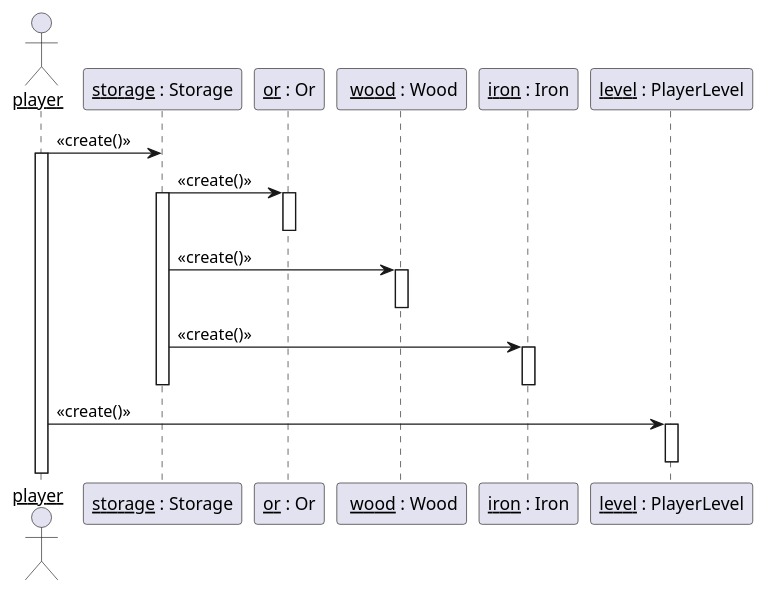
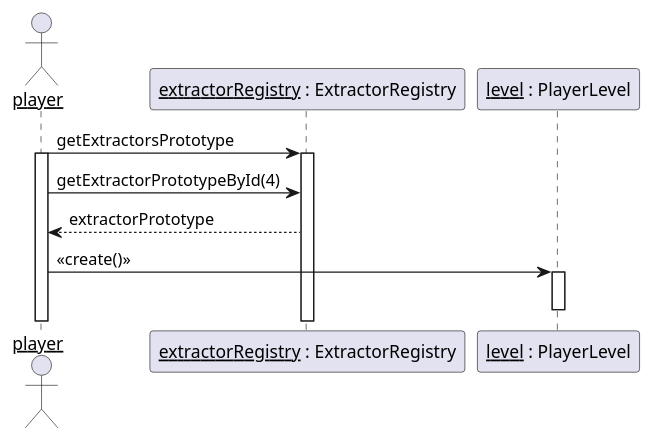
Before and after one commit to skelirphoteman/Resource-Management-Game: the diagram in ProjectManagment/UML/DSeqLaunchGame.puml, drawn with PlantUML. The commit also changed 2 other files, not shown here.

```diff
--- a/ProjectManagment/UML/DSeqLaunchGame.puml
+++ b/ProjectManagment/UML/DSeqLaunchGame.puml
@@ -1,27 +1,18 @@
 @startuml
 'https://plantuml.com/sequence-diagram
 
 actor __player__
 
-__player__ -> "__storage__ : Storage" : <<create()>>
+__player__ -> "__extractorRegistry__ : ExtractorRegistry" : getExtractorsPrototype
 activate __player__
 
-"__storage__ : Storage" -> "__or__ : Or": <<create()>>
-activate "__storage__ : Storage"
-activate "__or__ : Or"
-deactivate "__or__ : Or"
-"__storage__ : Storage" ->" __wood__ : Wood" : <<create()>>
-activate " __wood__ : Wood"
-deactivate " __wood__ : Wood"
-"__storage__ : Storage" -> "__iron__ : Iron" : <<create()>>
-activate "__iron__ : Iron"
-deactivate "__iron__ : Iron"
-deactivate "__storage__ : Storage"
+activate "__extractorRegistry__ : ExtractorRegistry"
 
-
+__player__ -> "__extractorRegistry__ : ExtractorRegistry" : getExtractorPrototypeById(4)
+__player__ <-- "__extractorRegistry__ : ExtractorRegistry" : extractorPrototype
 
 __player__ -> "__level__ : PlayerLevel" : <<create()>>
 activate "__level__ : PlayerLevel"
 deactivate "__level__ : PlayerLevel"
 
 @enduml
```
